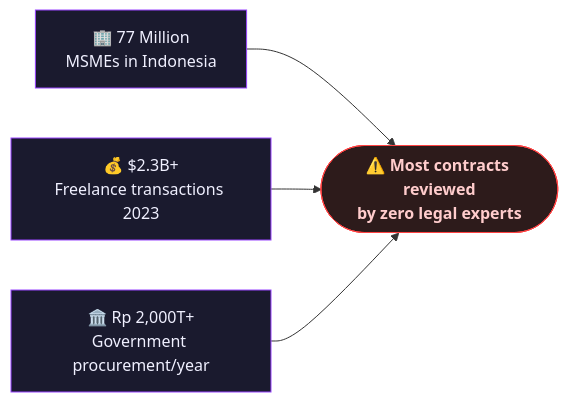
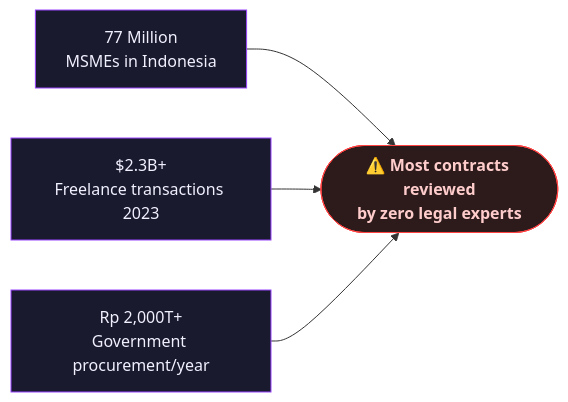
Before and after one commit to ContracGuardAI/frontend: the second of 2 diagrams in docs/product/problem.md, drawn with Mermaid. The commit also changed other lines of this file and 6 other files, not shown here.

````diff
--- a/docs/product/problem.md
+++ b/docs/product/problem.md
@@ -93,12 +93,12 @@
 ```mermaid
 graph LR
-    A["🏢 77 Million\nMSMEs in Indonesia"] --> D
-    B["💰 $2.3B+\nFreelance transactions 2023"] --> D
-    C["🏛️ Rp 2,000T+\nGovernment procurement/year"] --> D
+    A["77 Million\nMSMEs in Indonesia"] --> D
+    B["$2.3B+\nFreelance transactions 2023"] --> D
+    C["Rp 2,000T+\nGovernment procurement/year"] --> D
     D(["⚠️ Most contracts reviewed\nby zero legal experts"])
 
     style D fill:#2d1b1b,stroke:#ff4444,color:#ffcccc,font-weight:bold
     style A fill:#1a1a2e,stroke:#9945FF,color:#f0f0ff
     style B fill:#1a1a2e,stroke:#9945FF,color:#f0f0ff
     style C fill:#1a1a2e,stroke:#9945FF,color:#f0f0ff
 ```
````
